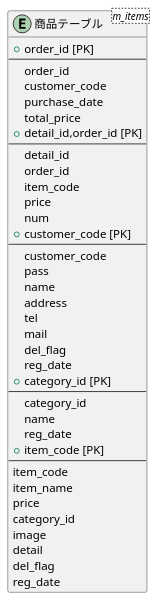
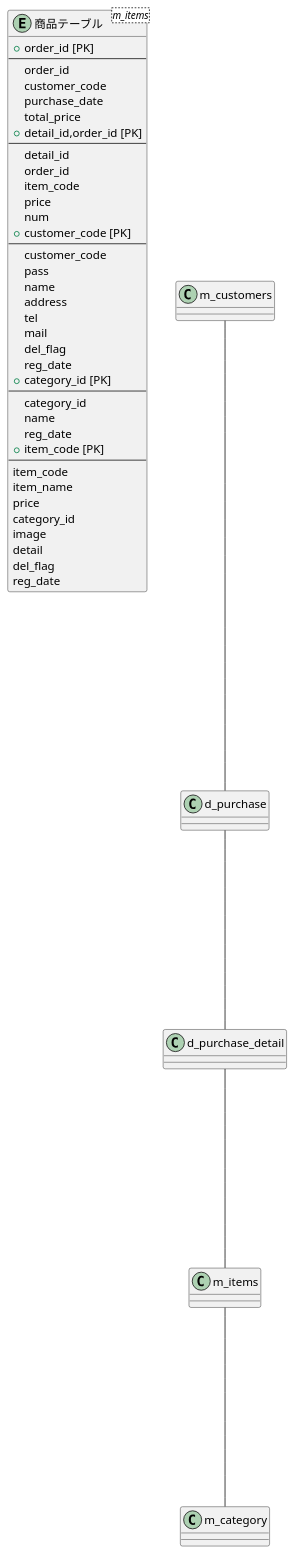
The diagram in SaER.md (Aso2001137/2021sys-design), drawn with PlantUML before and after one commit. The commit also changed other lines of this file, not shown here.

````diff
--- a/SaER.md
+++ b/SaER.md
@@ -1,56 +1,60 @@
 ```uml
 @startuml
 entity "購入テーブル" as customer <d_purchase> {
 + order_id [PK]
 --
 order_id
 customer_code
 purchase_date
 total_price
 }
 
 entity "購入テーブル詳細" as  customer <d_purchase_detail> {
 + detail_id,order_id [PK]
 --
 detail_id
 order_id
 item_code
 price
 num
 }
 
 entity "ユーザーテーブル" as  customer <m_customers>{
 + customer_code [PK]
 --
 customer_code
 pass
 name
 address
 tel
 mail
 del_flag
 reg_date
 }
 
 entity "カテゴリテーブル" as  customer <m_category>{
 + category_id [PK]
 --
 category_id 
 name
 reg_date
 }
 
 entity "商品テーブル" as  customer <m_items>{
 + item_code [PK]
 --
 item_code
 item_name
 price
 category_id
 image
 detail
 del_flag
 reg_date
 }
+m_customers ----- d_purchase
+d_purchase ----- d_purchase_detail
+d_purchase_detail ----- m_items
+m_items ----- m_category
 @enduml
 ```
````
